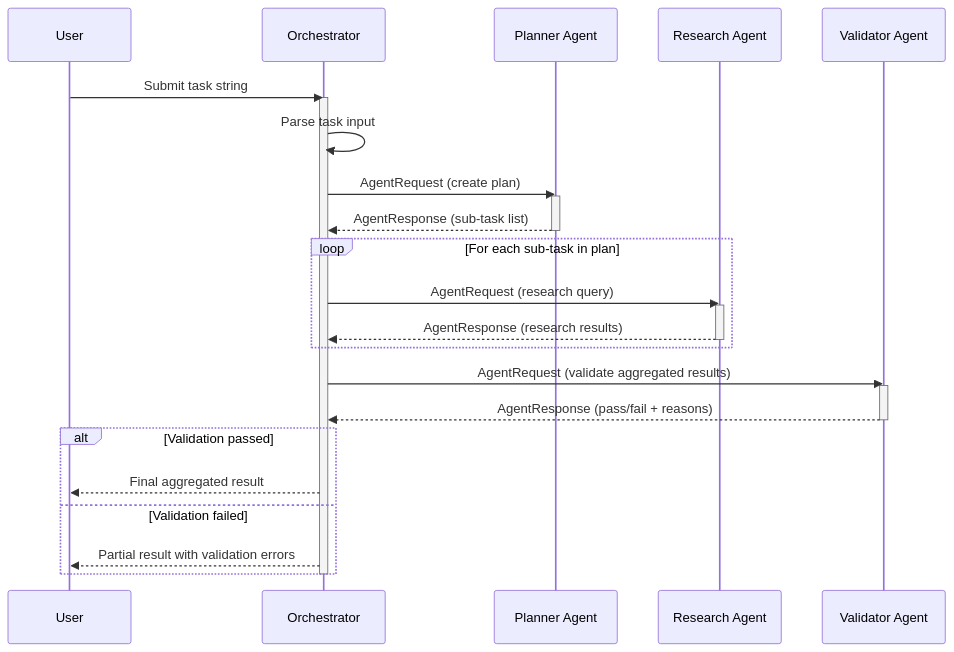
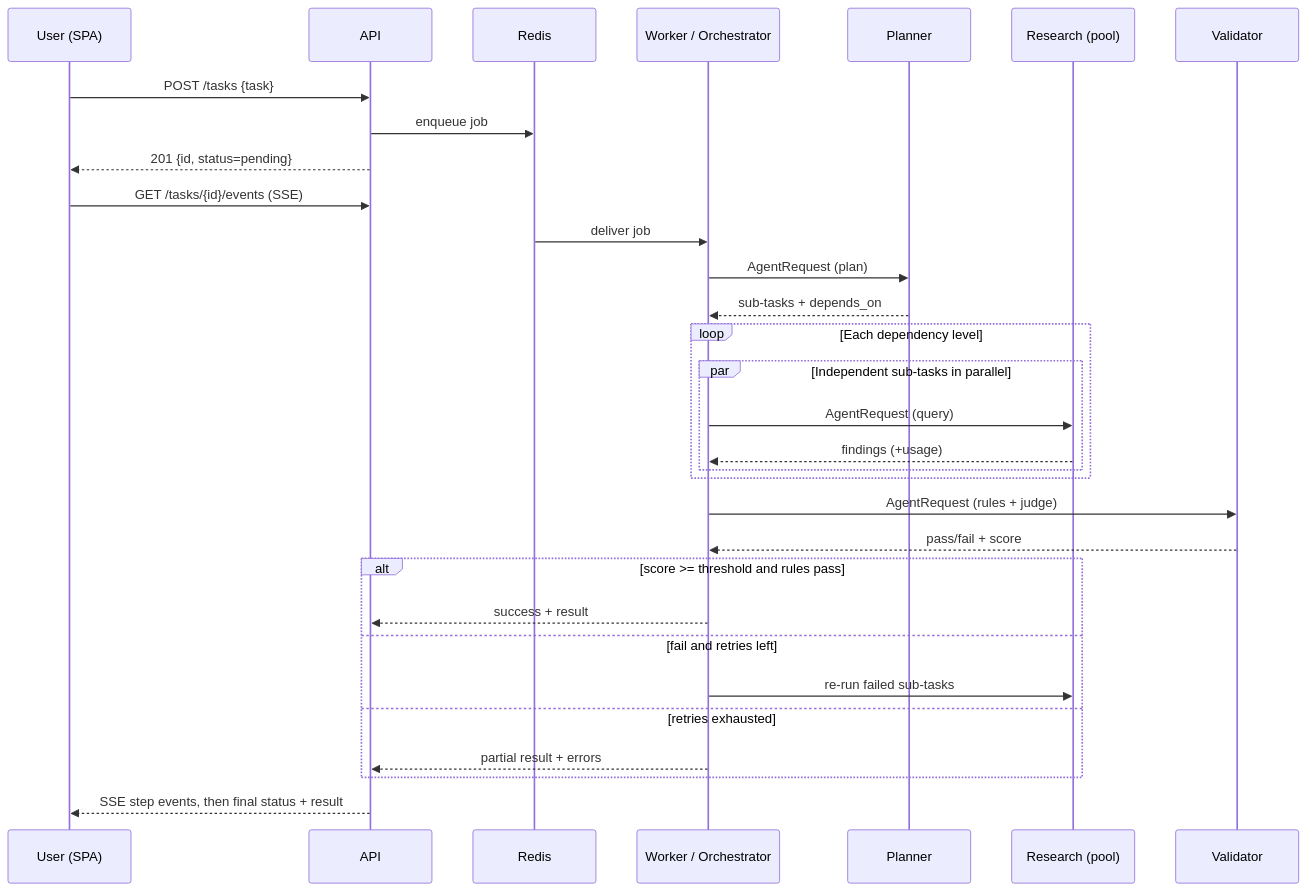
Before and after one commit to yashg2006/MultiAgent: the first of 2 diagrams in docs/architecture_design.md, drawn with Mermaid. The commit also changed other lines of this file and 15 other files, not shown here.

First line of the commit message:
docs: add Mermaid diagram sources, rendered PNGs, and render workflow

````diff
--- a/docs/architecture_design.md
+++ b/docs/architecture_design.md
@@ -125,36 +146,34 @@
 ```mermaid
 sequenceDiagram
-    participant U as User
-    participant O as Orchestrator
-    participant P as Planner Agent
-    participant R as Research Agent
-    participant V as Validator Agent
+    participant U as User (SPA)
+    participant A as API
+    participant Q as Redis
+    participant W as Worker / Orchestrator
+    participant P as Planner
+    participant R as Research (pool)
+    participant V as Validator
 
-    U->>O: Submit task string
-    activate O
-    O->>O: Parse task input
-
-    O->>P: AgentRequest (create plan)
-    activate P
-    P-->>O: AgentResponse (sub-task list)
-    deactivate P
-
-    loop For each sub-task in plan
-        O->>R: AgentRequest (research query)
-        activate R
-        R-->>O: AgentResponse (research results)
-        deactivate R
+    U->>A: POST /tasks {task}
+    A->>Q: enqueue job
+    A-->>U: 201 {id, status=pending}
+    U->>A: GET /tasks/{id}/events (SSE)
+    Q->>W: deliver job
+    W->>P: AgentRequest (plan)
+    P-->>W: sub-tasks + depends_on
+    loop Each dependency level
+        par Independent sub-tasks in parallel
+            W->>R: AgentRequest (query)
+            R-->>W: findings (+usage)
+        end
     end
-
-    O->>V: AgentRequest (validate aggregated results)
-    activate V
-    V-->>O: AgentResponse (pass/fail + reasons)
-    deactivate V
-
-    alt Validation passed
-        O-->>U: Final aggregated result
-    else Validation failed
-        O-->>U: Partial result with validation errors
+    W->>V: AgentRequest (rules + judge)
+    V-->>W: pass/fail + score
+    alt score >= threshold and rules pass
+        W-->>A: success + result
+    else fail and retries left
+        W->>R: re-run failed sub-tasks
+    else retries exhausted
+        W-->>A: partial result + errors
     end
-    deactivate O
+    A-->>U: SSE step events, then final status + result
 ```
````
